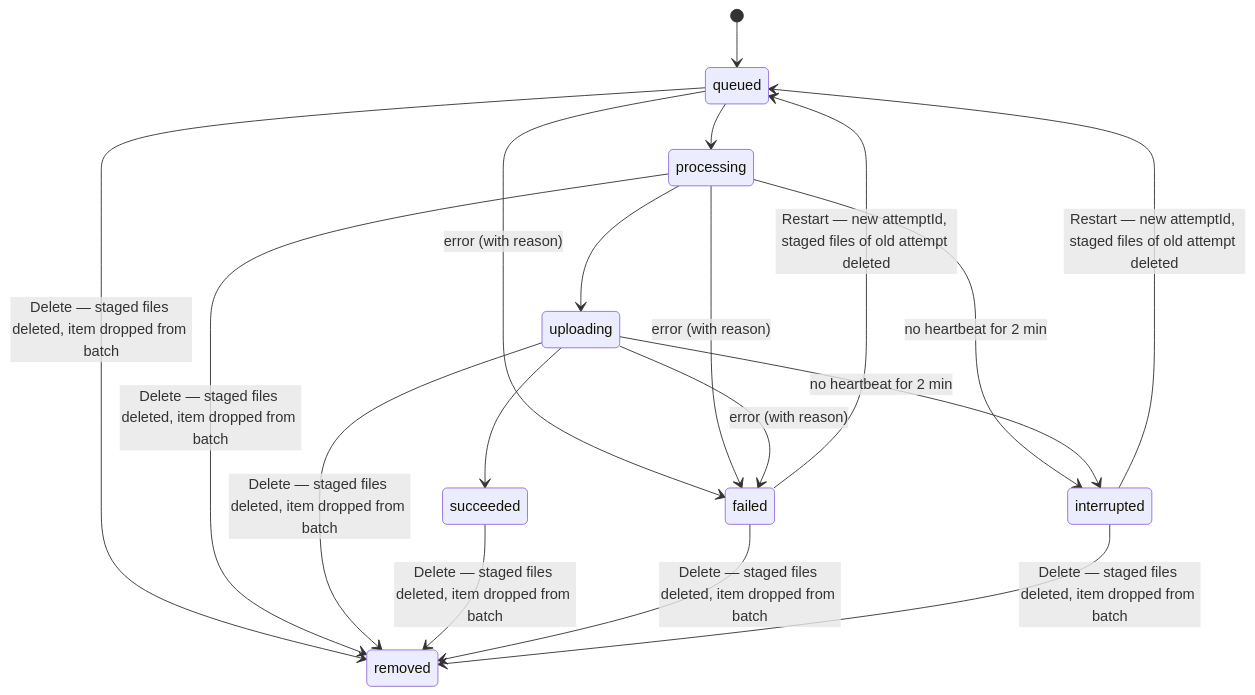
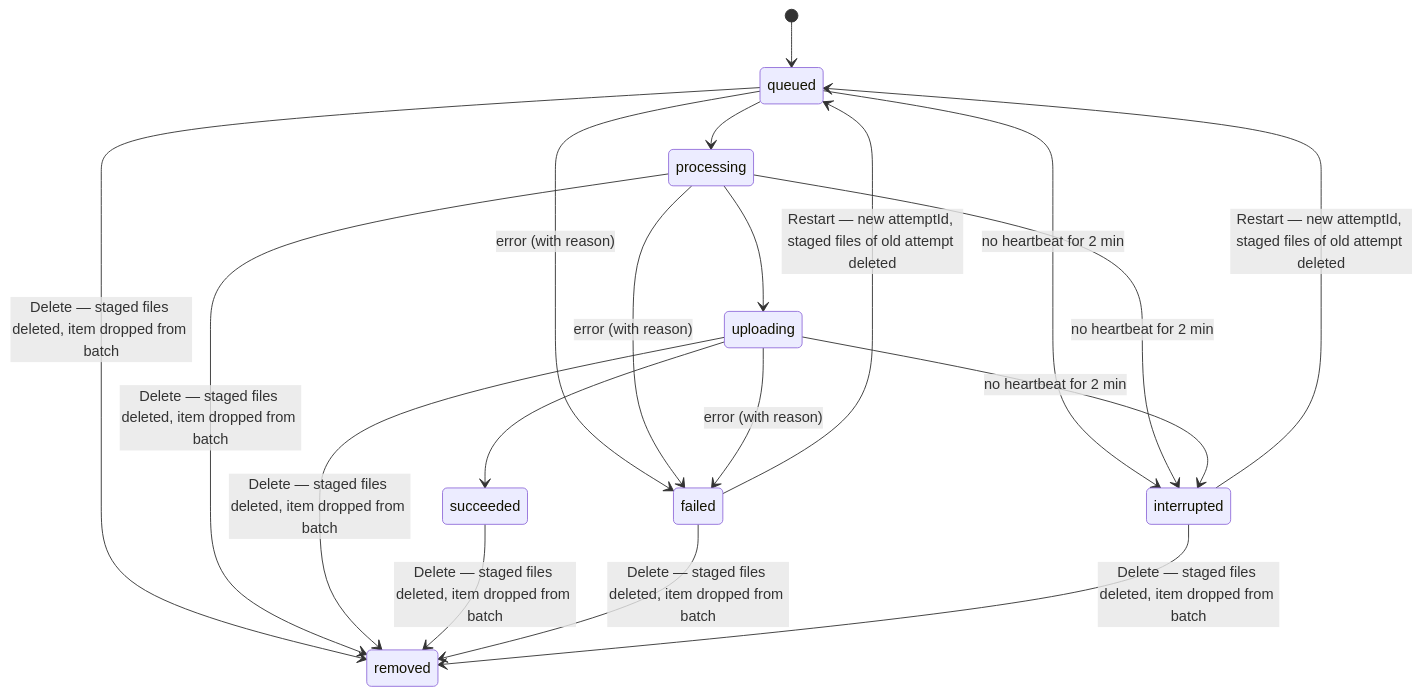
Before and after one commit to zzacal/port: the fifth of 6 diagrams in docs/design.md, drawn with Mermaid. The commit also changed other lines of this file and 3 other files, not shown here.

````diff
--- a/docs/design.md
+++ b/docs/design.md
@@ -436,20 +436,21 @@
 ```mermaid
 stateDiagram-v2
     [*] --> queued
     queued --> processing
     processing --> uploading
     uploading --> succeeded
     queued --> failed : error (with reason)
     processing --> failed : error (with reason)
     uploading --> failed : error (with reason)
+    queued --> interrupted : no heartbeat for 2 min
     processing --> interrupted : no heartbeat for 2 min
     uploading --> interrupted : no heartbeat for 2 min
     failed --> queued : Restart — new attemptId, staged files of old attempt deleted
     interrupted --> queued : Restart — new attemptId, staged files of old attempt deleted
     queued --> removed : Delete — staged files deleted, item dropped from batch
     processing --> removed : Delete — staged files deleted, item dropped from batch
     uploading --> removed : Delete — staged files deleted, item dropped from batch
     succeeded --> removed : Delete — staged files deleted, item dropped from batch
     failed --> removed : Delete — staged files deleted, item dropped from batch
     interrupted --> removed : Delete — staged files deleted, item dropped from batch
 ```
````
